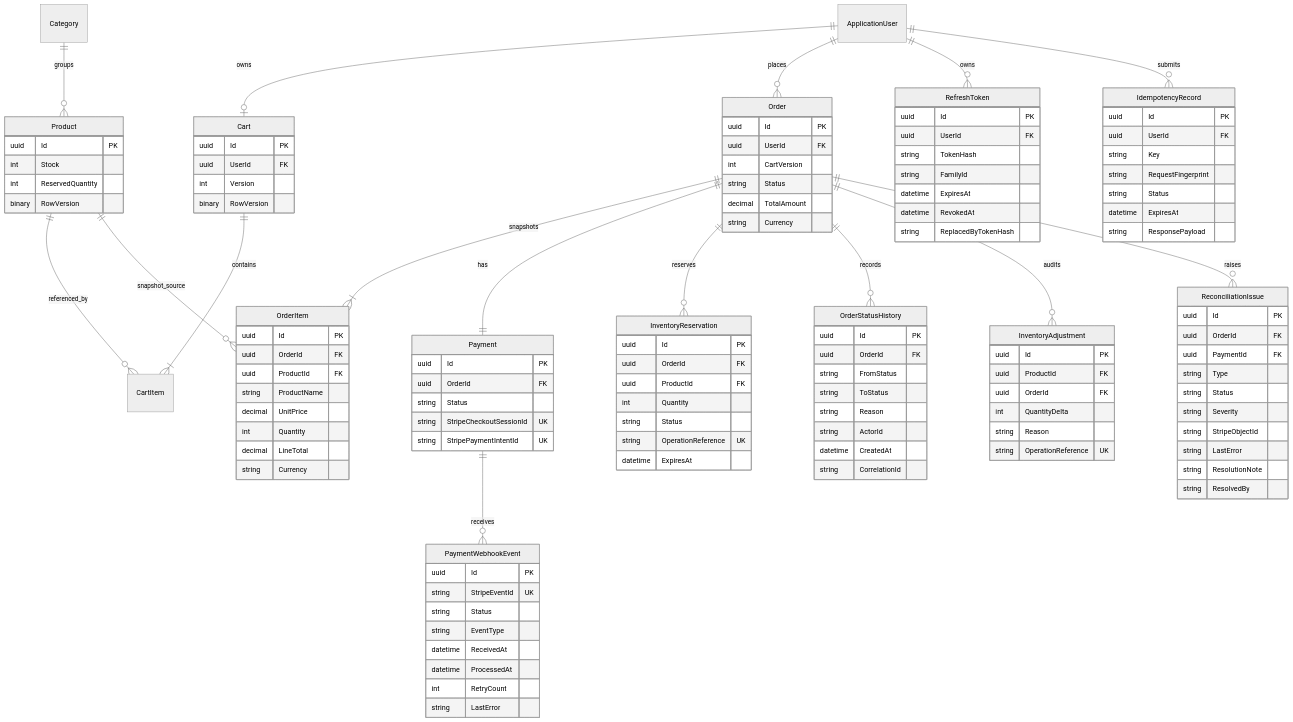
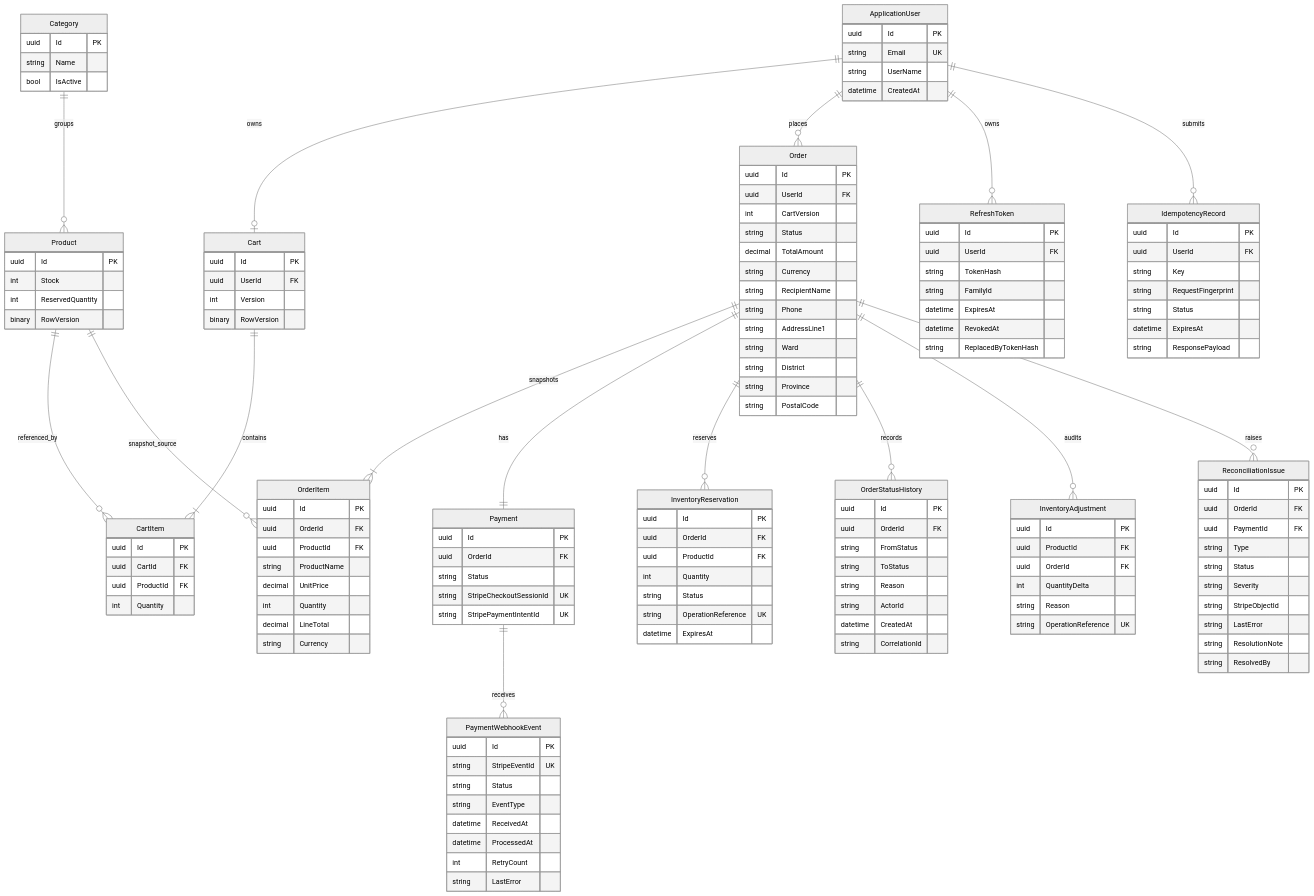
One commit to hyynee/project_netcore changed the diagram in docs/design/phase-00-erd.md. Above: the diagram before and after it, drawn with Mermaid (neutral theme). The commit also changed 3 other files, not shown here.

Commit message:
docs: refine phase-00 contract and erd, bump spectral

```diff
--- a/docs/design/phase-00-erd.md
+++ b/docs/design/phase-00-erd.md
@@ -22,6 +22,17 @@
     ApplicationUser ||--o{ RefreshToken : owns
     ApplicationUser ||--o{ IdempotencyRecord : submits
 
+    ApplicationUser {
+        uuid Id PK
+        string Email UK
+        string UserName
+        datetime CreatedAt
+    }
+    Category {
+        uuid Id PK
+        string Name
+        bool IsActive
+    }
     Product {
         uuid Id PK
         int Stock
@@ -34,6 +45,12 @@
         int Version
         binary RowVersion
     }
+    CartItem {
+        uuid Id PK
+        uuid CartId FK
+        uuid ProductId FK
+        int Quantity
+    }
     Order {
         uuid Id PK
         uuid UserId FK
@@ -41,6 +58,13 @@
         string Status
         decimal TotalAmount
         string Currency
+        string RecipientName
+        string Phone
+        string AddressLine1
+        string Ward
+        string District
+        string Province
+        string PostalCode
     }
     Payment {
         uuid Id PK
```
